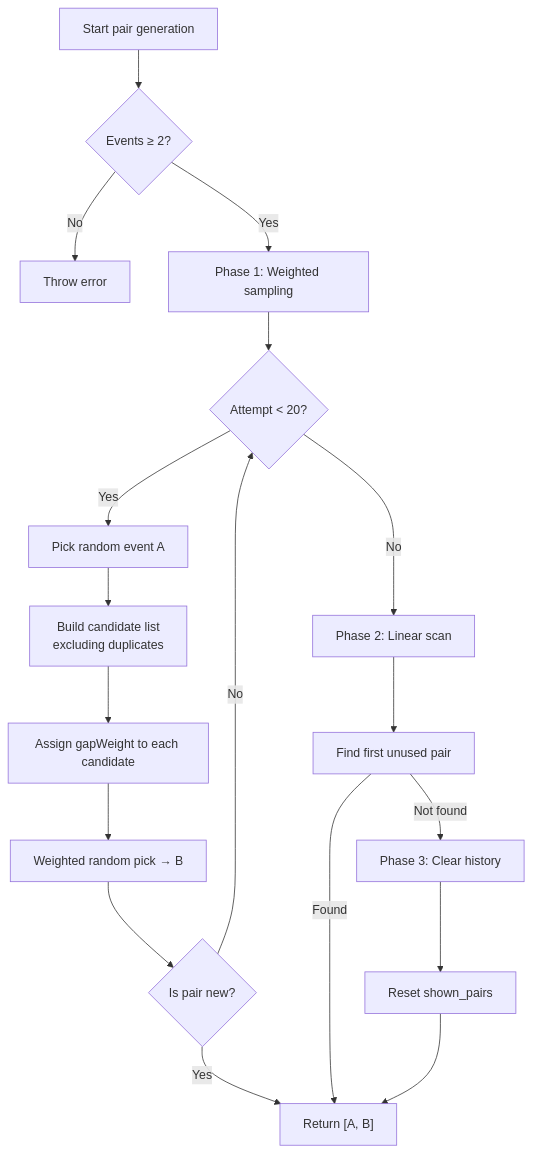
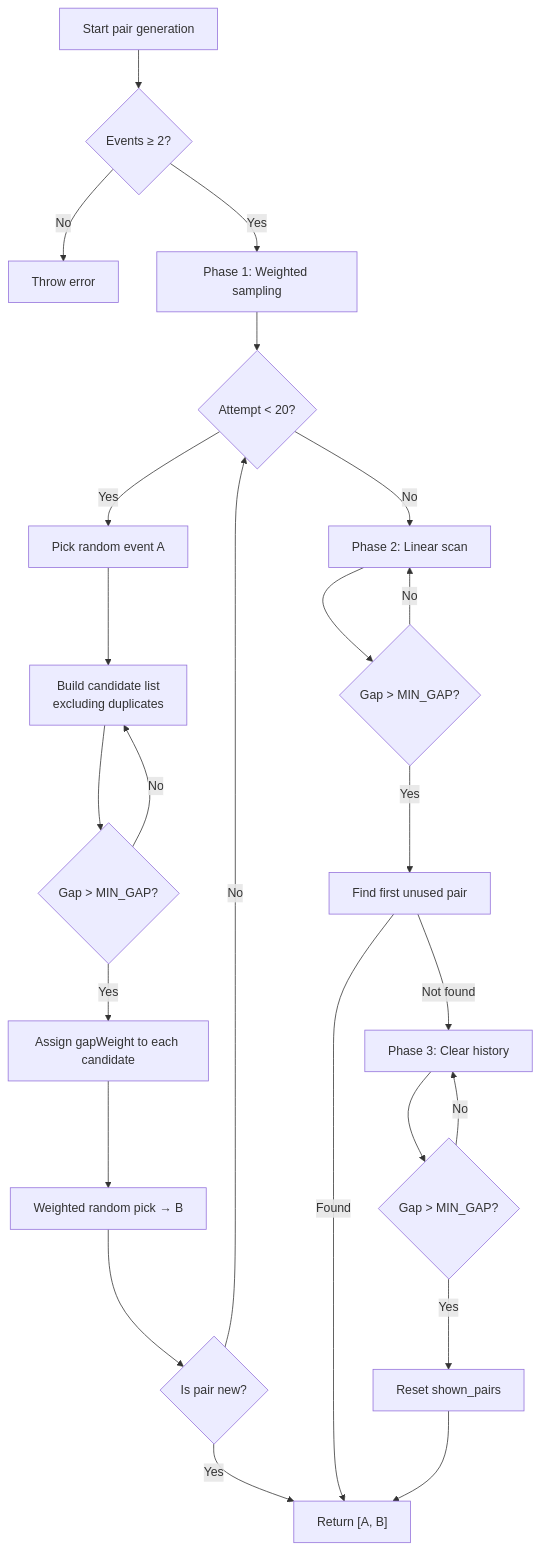
One commit to prokopHouda/history_game changed the seventh of 8 diagrams in docs/architecture.md. Above: the diagram before and after it, drawn with Mermaid. The commit also changed other lines of this file and 3 other files, not shown here.

Commit message:
feat(pickPair): enforce minimum 10-year gap between paired events + update docs

````diff
--- a/docs/architecture.md
+++ b/docs/architecture.md
@@ -223,20 +234,26 @@
 ```mermaid
 flowchart TD
     A["Start pair generation"] --> B{"Events ≥ 2?"}
     B -->|No| C["Throw error"]
     B -->|Yes| D["Phase 1: Weighted sampling"]
     D --> E{"Attempt < 20?"}
     E -->|Yes| F["Pick random event A"]
     F --> G["Build candidate list\nexcluding duplicates"]
-    G --> H["Assign gapWeight to each candidate"]
-    H --> I["Weighted random pick → B"]
-    I --> J{"Is pair new?"}
-    J -->|Yes| K["Return [A, B]"]
-    J -->|No| E
-    E -->|No| L["Phase 2: Linear scan"]
-    L --> M["Find first unused pair"]
-    M -->|Found| K
-    M -->|Not found| N["Phase 3: Clear history"]
-    N --> O["Reset shown_pairs"]
-    O --> K
+    G --> H{"Gap > MIN_GAP?"}
+    H -->|No| G
+    H -->|Yes| I["Assign gapWeight to each candidate"]
+    I --> J["Weighted random pick → B"]
+    J --> K{"Is pair new?"}
+    K -->|Yes| L["Return [A, B]"]
+    K -->|No| E
+    E -->|No| M["Phase 2: Linear scan"]
+    M --> N{"Gap > MIN_GAP?"}
+    N -->|No| M
+    N -->|Yes| O["Find first unused pair"]
+    O -->|Found| L
+    O -->|Not found| P["Phase 3: Clear history"]
+    P --> Q{"Gap > MIN_GAP?"}
+    Q -->|No| P
+    Q -->|Yes| R["Reset shown_pairs"]
+    R --> L
 ```
````
